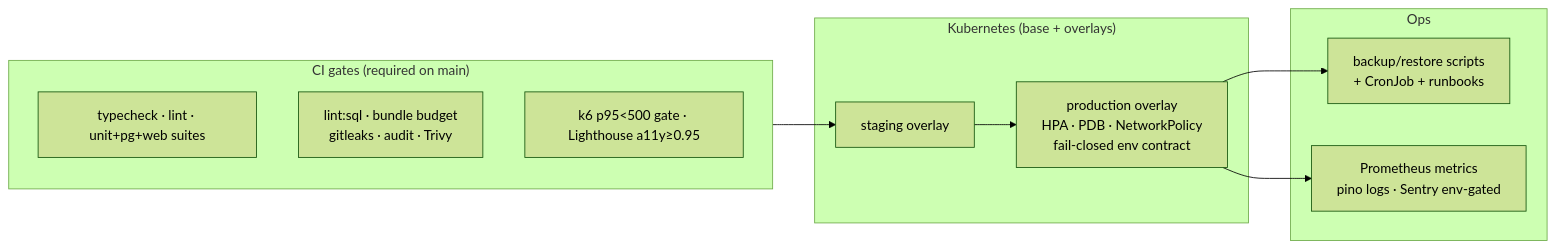
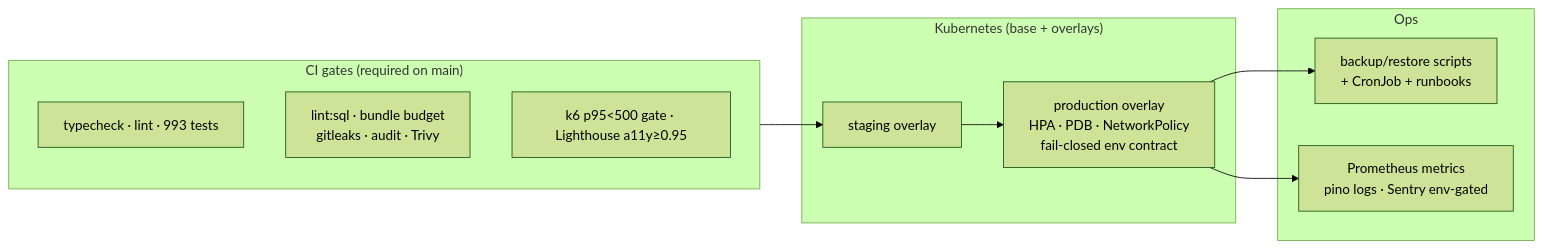
The sixth of 6 diagrams in docs/architecture.md (munisp/AgricPlatform), drawn with Mermaid (forest theme) before and after one commit. The commit also changed other lines of this file, not shown here.

Commit message:
fix: GAP-H05 guardrail docs — architecture.md

````diff
--- a/docs/architecture.md
+++ b/docs/architecture.md
@@ -228,18 +234,18 @@
 ```mermaid
 flowchart LR
     subgraph CI["CI gates (required on main)"]
-        C1[typecheck · lint · unit+pg+web suites]
+        C1[typecheck · lint · 993 tests]
         C2[lint:sql · bundle budget<br/>gitleaks · audit · Trivy]
         C3[k6 p95<500 gate · Lighthouse a11y≥0.95]
     end
     subgraph K8s["Kubernetes (base + overlays)"]
         S[staging overlay]
         P[production overlay<br/>HPA · PDB · NetworkPolicy<br/>fail-closed env contract]
     end
     subgraph Ops
         BAK[backup/restore scripts<br/>+ CronJob + runbooks]
         MON[Prometheus metrics<br/>pino logs · Sentry env-gated]
     end
     CI --> S --> P
     P --> BAK & MON
 ```
````
